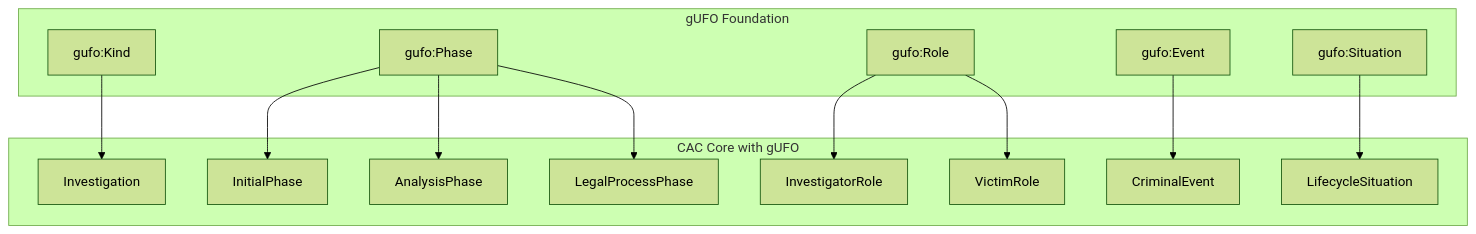
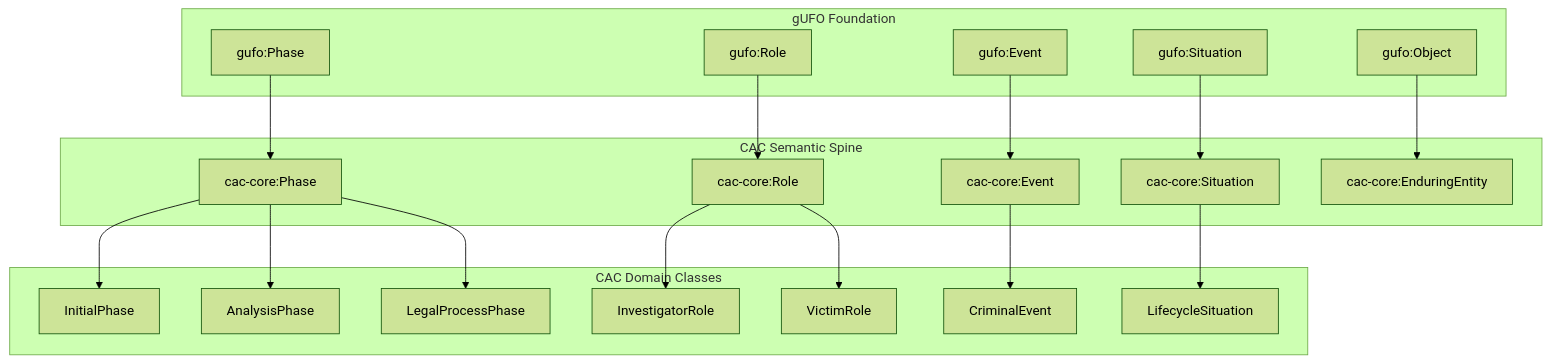
One commit to Project-VIC-International/CAC-Ontology changed the second of 7 diagrams in docs/architecture.md. Above: the diagram before and after it, drawn with Mermaid (forest theme). The commit also changed other lines of this file and 216 other files, not shown here.

First line of the commit message:
Release CAC Ontology v3.0.0: Semantic Spine Refactoring

````diff
--- a/docs/architecture.md
+++ b/docs/architecture.md
@@ -10,30 +60,42 @@
 ```mermaid
 graph TD
     subgraph "gUFO Foundation"
-        GUFO_KIND[gufo:Kind]
-        GUFO_PHASE[gufo:Phase] 
+        GUFO_PHASE[gufo:Phase]
         GUFO_ROLE[gufo:Role]
         GUFO_EVENT[gufo:Event]
         GUFO_SITUATION[gufo:Situation]
+        GUFO_OBJECT[gufo:Object]
     end
 
-    subgraph "CAC Core with gUFO"
-        INVESTIGATION[Investigation]
+    subgraph "CAC Semantic Spine"
+        CAC_PHASE[cac-core:Phase]
+        CAC_ROLE[cac-core:Role]
+        CAC_EVENT[cac-core:Event]
+        CAC_SITUATION[cac-core:Situation]
+        CAC_ENDURING[cac-core:EnduringEntity]
+    end
+
+    subgraph "CAC Domain Classes"
         INIT_PHASE[InitialPhase]
         ANALYSIS_PHASE[AnalysisPhase]
         LEGAL_PHASE[LegalProcessPhase]
         INVESTIGATOR_ROLE[InvestigatorRole]
         VICTIM_ROLE[VictimRole]
         CRIMINAL_EVENT[CriminalEvent]
         LIFECYCLE_SIT[LifecycleSituation]
     end
 
-    GUFO_KIND --> INVESTIGATION
-    GUFO_PHASE --> INIT_PHASE
-    GUFO_PHASE --> ANALYSIS_PHASE
-    GUFO_PHASE --> LEGAL_PHASE
-    GUFO_ROLE --> INVESTIGATOR_ROLE
-    GUFO_ROLE --> VICTIM_ROLE
-    GUFO_EVENT --> CRIMINAL_EVENT
-    GUFO_SITUATION --> LIFECYCLE_SIT
+    GUFO_PHASE --> CAC_PHASE
+    GUFO_ROLE --> CAC_ROLE
+    GUFO_EVENT --> CAC_EVENT
+    GUFO_SITUATION --> CAC_SITUATION
+    GUFO_OBJECT --> CAC_ENDURING
+
+    CAC_PHASE --> INIT_PHASE
+    CAC_PHASE --> ANALYSIS_PHASE
+    CAC_PHASE --> LEGAL_PHASE
+    CAC_ROLE --> INVESTIGATOR_ROLE
+    CAC_ROLE --> VICTIM_ROLE
+    CAC_EVENT --> CRIMINAL_EVENT
+    CAC_SITUATION --> LIFECYCLE_SIT
 ```
````
